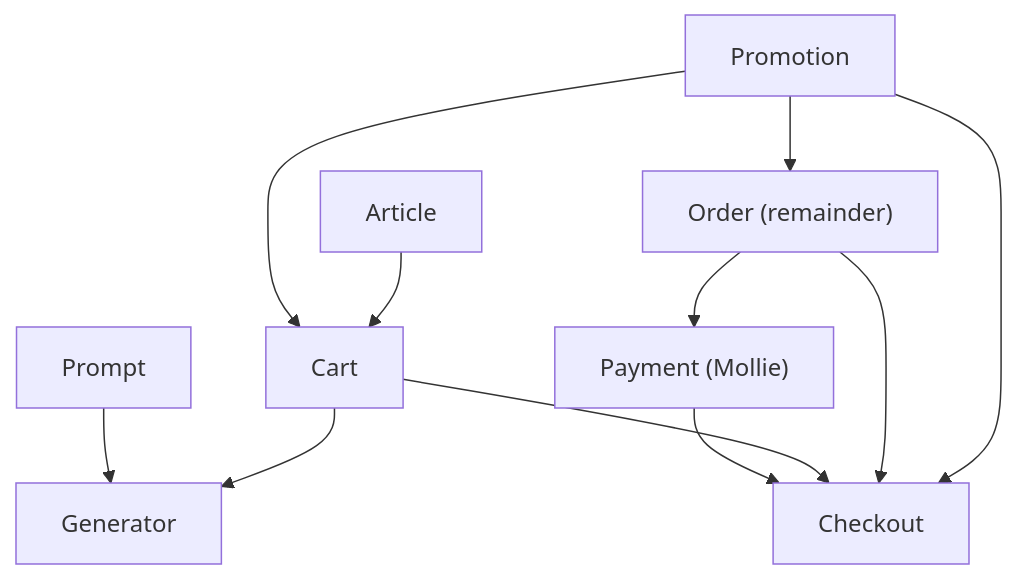
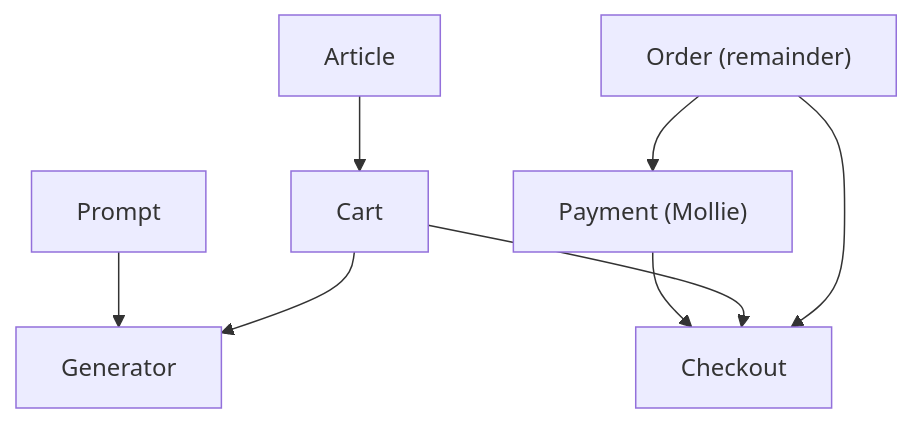
Before and after one commit to bitstorm-tech/voenix-shop-kotlin: the diagram in docs/migration/migration-roadmap.md, drawn with Mermaid. The commit also changed other lines of this file and 7 other files, not shown here.

````diff
--- a/docs/migration/migration-roadmap.md
+++ b/docs/migration/migration-roadmap.md
@@ -51,13 +51,10 @@
 ```mermaid
 graph TD
-    Promotion --> Cart
     Article --> Cart
-    Promotion --> Order["Order (remainder)"]
     Prompt --> Generator
     Cart --> Generator
-    Order --> Payment["Payment (Mollie)"]
+    Order["Order (remainder)"] --> Payment["Payment (Mollie)"]
     Payment --> Checkout
     Cart --> Checkout
     Order --> Checkout
-    Promotion --> Checkout
 ```
````
